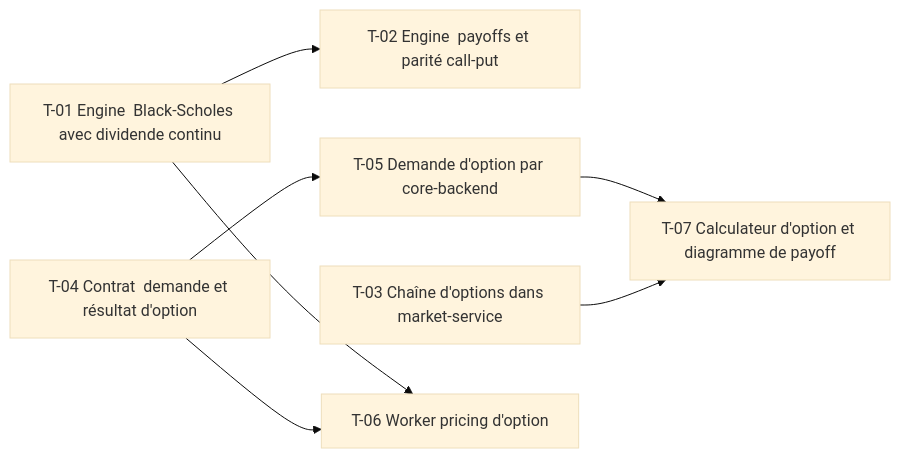
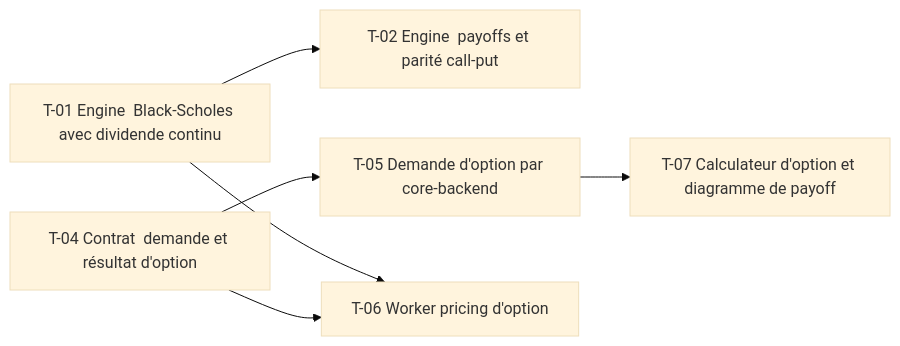
One commit to Matsuel/TradingPlateform changed the diagram in roadmap/16-options-vanilles/TASKS.md. Above: the diagram before and after it, drawn with Mermaid (base theme). The commit also changed other lines of this file and 21 other files, not shown here.

First line of the commit message:
docs(roadmap): décisions des features 14 à 20, chaîne d'options déplacée en 17, index à jour

````diff
--- a/roadmap/16-options-vanilles/TASKS.md
+++ b/roadmap/16-options-vanilles/TASKS.md
@@ -34,16 +32,14 @@
 ```mermaid
 flowchart LR
     T01[T-01 Engine  Black-Scholes avec dividende continu]
     T02[T-02 Engine  payoffs et parité call-put]
-    T03[T-03 Chaîne d'options dans market-service]
     T04[T-04 Contrat  demande et résultat d'option]
     T05[T-05 Demande d'option par core-backend]
     T06[T-06 Worker  pricing d'option]
     T07[T-07 Calculateur d'option et diagramme de payoff]
     T01 --> T02
     T04 --> T05
     T01 --> T06
     T04 --> T06
     T05 --> T07
-    T03 --> T07
 ```
````
